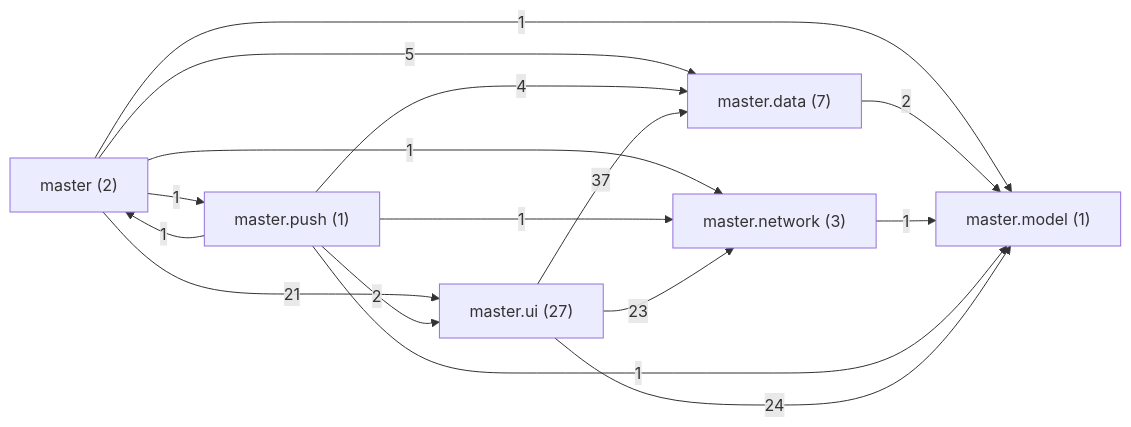
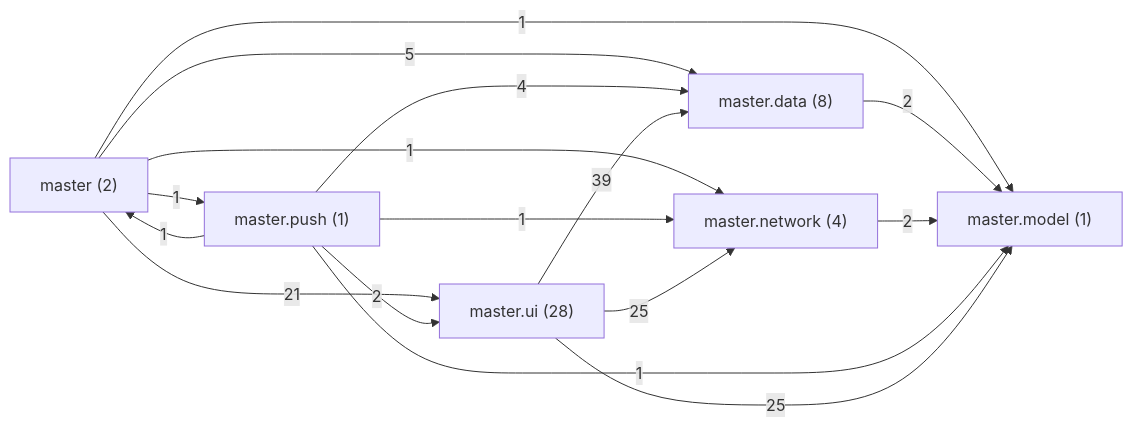
The third of 7 diagrams in docs/code-graph/generated.md (chungbrain/OOJOO-FARM), drawn with Mermaid before and after one commit. The commit also changed other lines of this file and 4 other files, not shown here.

First line of the commit message:
docs: README, API docs, code graph and working_diary for Neighbor post media (2026-11-27)

````diff
--- a/docs/code-graph/generated.md
+++ b/docs/code-graph/generated.md
@@ -169,24 +171,24 @@
 ```mermaid
 flowchart LR
   master_p__root_["master (2)"]
-  master_p_data["master.data (7)"]
+  master_p_data["master.data (8)"]
   master_p_model["master.model (1)"]
-  master_p_network["master.network (3)"]
+  master_p_network["master.network (4)"]
   master_p_push["master.push (1)"]
-  master_p_ui["master.ui (27)"]
+  master_p_ui["master.ui (28)"]
   master_p__root_ -- 5 --> master_p_data
   master_p__root_ -- 1 --> master_p_model
   master_p__root_ -- 1 --> master_p_network
   master_p__root_ -- 1 --> master_p_push
   master_p__root_ -- 21 --> master_p_ui
   master_p_data -- 2 --> master_p_model
-  master_p_network -- 1 --> master_p_model
+  master_p_network -- 2 --> master_p_model
   master_p_push -- 1 --> master_p__root_
   master_p_push -- 4 --> master_p_data
   master_p_push -- 1 --> master_p_model
   master_p_push -- 1 --> master_p_network
   master_p_push -- 2 --> master_p_ui
-  master_p_ui -- 37 --> master_p_data
-  master_p_ui -- 24 --> master_p_model
-  master_p_ui -- 23 --> master_p_network
+  master_p_ui -- 39 --> master_p_data
+  master_p_ui -- 25 --> master_p_model
+  master_p_ui -- 25 --> master_p_network
 ```
````
